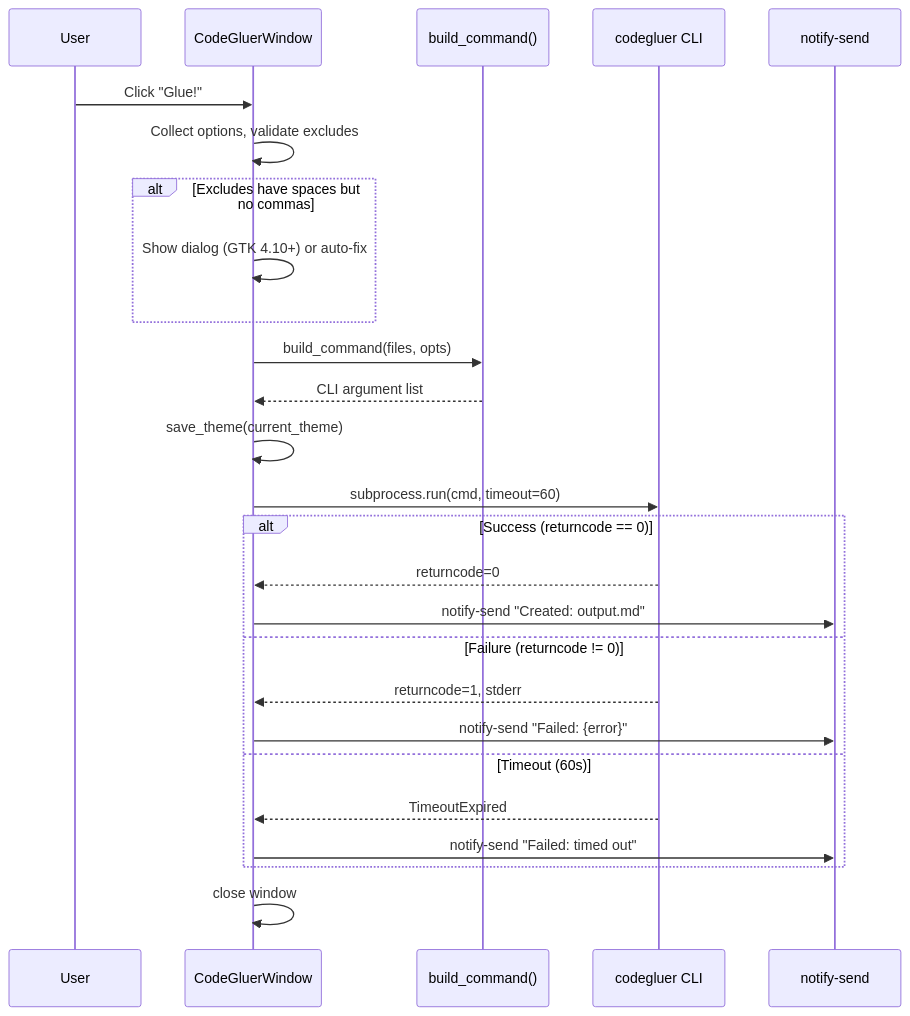
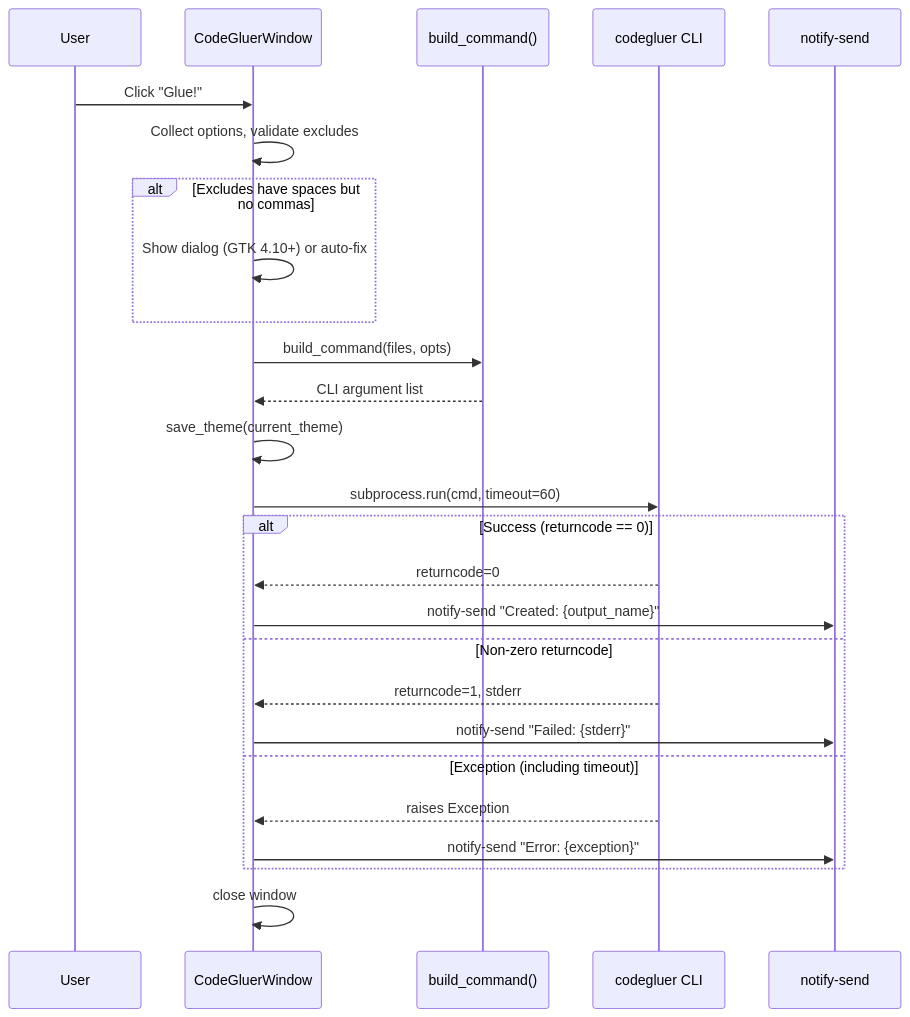
The diagram in README.md (fathriAbanoub/codegluer), drawn with Mermaid before and after one commit. The commit also changed other lines of this file and 1 other file, not shown here.

Commit message:
fix: tighten test assertions and clarify GUI setup in README
- tests/test_codegluer_gui.py:
  - Replace loose substring matching with exact token checks for CLI flags.
  - Assert exact PID-based filename in collision cap fallback test.

- README.md:
  - Add note clarifying that codegluer-gui is installed by install.sh.
  - Update project structure description for codegluer_gui.py.
  - Fix sequence diagram to use generic output name and split failure paths.

````diff
--- a/README.md
+++ b/README.md
@@ -230,29 +232,29 @@
 ```mermaid
 sequenceDiagram
     participant User
     participant GUI as CodeGluerWindow
     participant Logic as build_command()
     participant CLI as codegluer CLI
     participant Notify as notify-send
 
     User->>GUI: Click "Glue!"
     GUI->>GUI: Collect options, validate excludes
     alt Excludes have spaces but no commas
         GUI->>GUI: Show dialog (GTK 4.10+) or auto-fix
     end
     GUI->>Logic: build_command(files, opts)
     Logic-->>GUI: CLI argument list
     GUI->>GUI: save_theme(current_theme)
     GUI->>CLI: subprocess.run(cmd, timeout=60)
     alt Success (returncode == 0)
         CLI-->>GUI: returncode=0
-        GUI->>Notify: notify-send "Created: output.md"
-    else Failure (returncode != 0)
+        GUI->>Notify: notify-send "Created: {output_name}"
+    else Non‑zero returncode
         CLI-->>GUI: returncode=1, stderr
-        GUI->>Notify: notify-send "Failed: {error}"
-    else Timeout (60s)
-        CLI-->>GUI: TimeoutExpired
-        GUI->>Notify: notify-send "Failed: timed out"
+        GUI->>Notify: notify-send "Failed: {stderr}"
+    else Exception (including timeout)
+        CLI-->>GUI: raises Exception
+        GUI->>Notify: notify-send "Error: {exception}"
     end
     GUI->>GUI: close window
 ```
````
